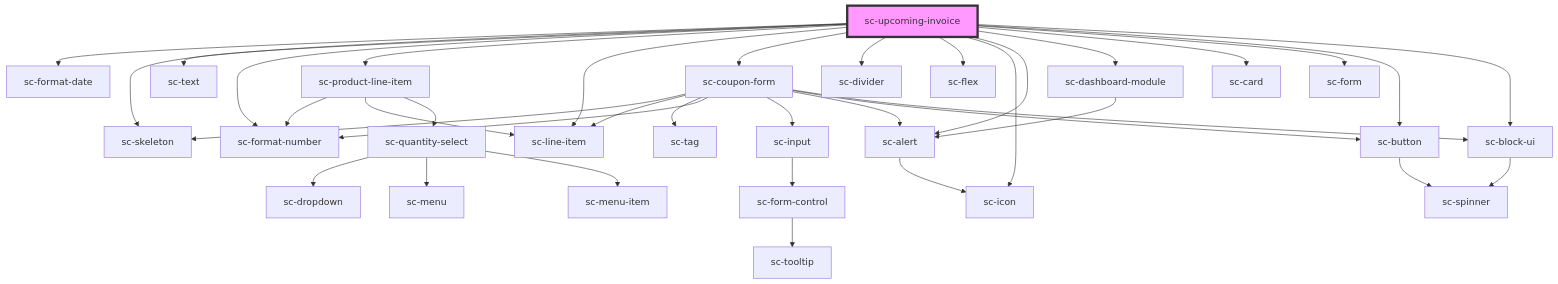
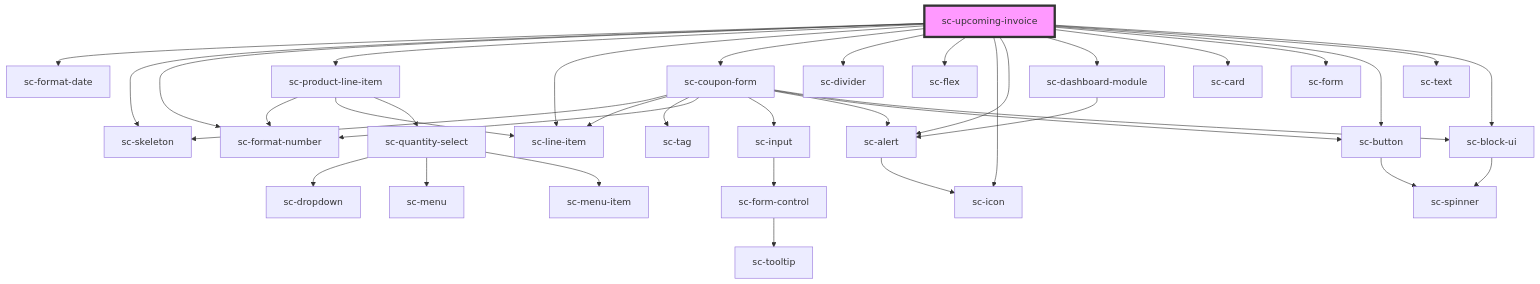
One commit to surecart/surecart-wp-plugin changed the diagram in packages/components/src/components/controllers/dashboard/upcoming-invoice/readme.md. Above: the diagram before and after it, drawn with Mermaid. The commit also changed other lines of this file and 4 other files, not shown here.

````diff
--- a/packages/components/src/components/controllers/dashboard/upcoming-invoice/readme.md
+++ b/packages/components/src/components/controllers/dashboard/upcoming-invoice/readme.md
@@ -43,40 +44,40 @@
 ```mermaid
 graph TD;
   sc-upcoming-invoice --> sc-format-date
   sc-upcoming-invoice --> sc-skeleton
-  sc-upcoming-invoice --> sc-text
   sc-upcoming-invoice --> sc-format-number
   sc-upcoming-invoice --> sc-product-line-item
   sc-upcoming-invoice --> sc-line-item
   sc-upcoming-invoice --> sc-coupon-form
   sc-upcoming-invoice --> sc-divider
   sc-upcoming-invoice --> sc-flex
   sc-upcoming-invoice --> sc-icon
   sc-upcoming-invoice --> sc-alert
   sc-upcoming-invoice --> sc-dashboard-module
   sc-upcoming-invoice --> sc-card
   sc-upcoming-invoice --> sc-form
   sc-upcoming-invoice --> sc-button
+  sc-upcoming-invoice --> sc-text
   sc-upcoming-invoice --> sc-block-ui
   sc-product-line-item --> sc-format-number
   sc-product-line-item --> sc-line-item
   sc-product-line-item --> sc-quantity-select
   sc-quantity-select --> sc-dropdown
   sc-quantity-select --> sc-menu
   sc-quantity-select --> sc-menu-item
   sc-coupon-form --> sc-skeleton
   sc-coupon-form --> sc-line-item
   sc-coupon-form --> sc-tag
   sc-coupon-form --> sc-format-number
   sc-coupon-form --> sc-input
   sc-coupon-form --> sc-alert
   sc-coupon-form --> sc-button
   sc-coupon-form --> sc-block-ui
   sc-input --> sc-form-control
   sc-form-control --> sc-tooltip
   sc-alert --> sc-icon
   sc-button --> sc-spinner
   sc-block-ui --> sc-spinner
   sc-dashboard-module --> sc-alert
   style sc-upcoming-invoice fill:#f9f,stroke:#333,stroke-width:4px
 ```
````
